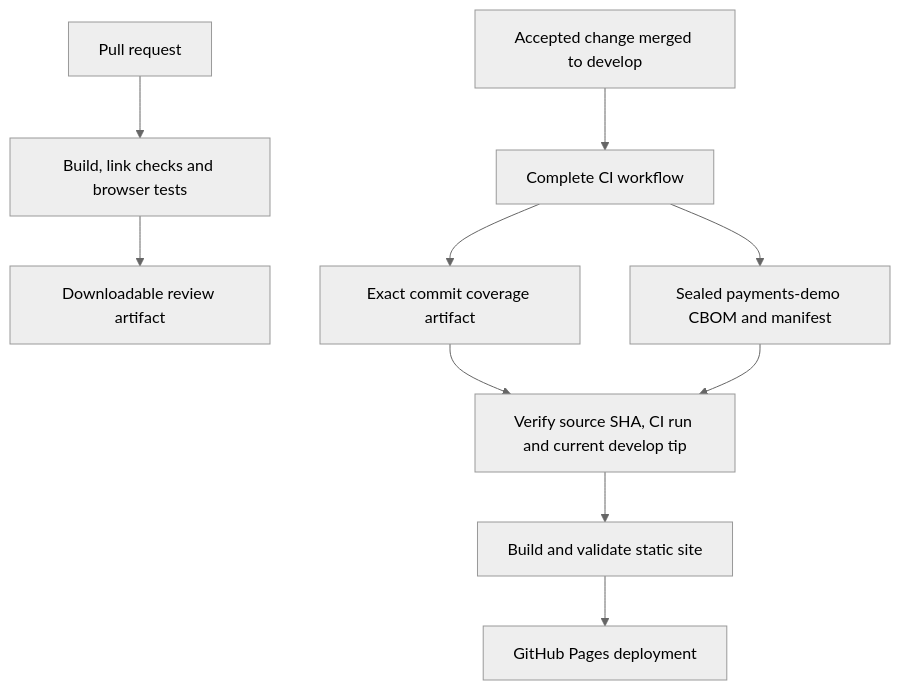
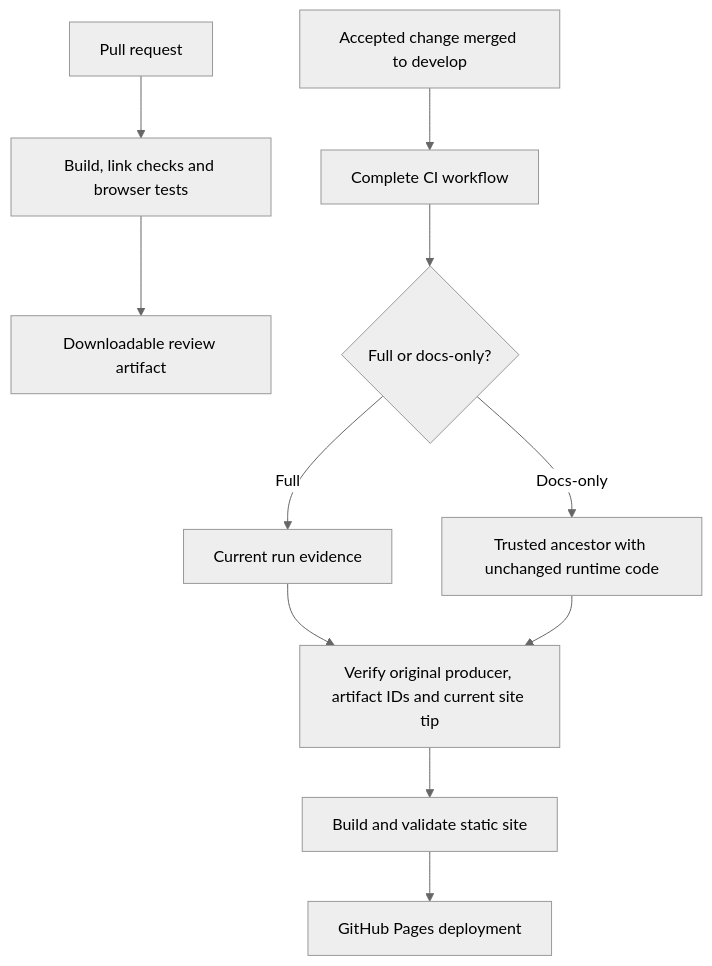
One commit to DevelopmentSprint/crypto-census changed the diagram in docs/reference/documentation.md. Above: the diagram before and after it, drawn with Mermaid (neutral theme). The commit also changed other lines of this file and 17 other files, not shown here.

````diff
--- a/docs/reference/documentation.md
+++ b/docs/reference/documentation.md
@@ -68,12 +68,13 @@
 ```mermaid
 flowchart TD
   PR[Pull request] --> Review[Build, link checks and browser tests]
   Review --> Preview[Downloadable review artifact]
   Accepted[Accepted change merged to develop] --> CI[Complete CI workflow]
-  CI --> Coverage[Exact commit coverage artifact]
-  CI --> CBOM[Sealed payments-demo CBOM and manifest]
-  Coverage --> Match[Verify source SHA, CI run and current develop tip]
-  CBOM --> Match
+  CI --> Scope{Full or docs-only?}
+  Scope -->|Full| Producer[Current run evidence]
+  Scope -->|Docs-only| Prior[Trusted ancestor with unchanged runtime code]
+  Producer --> Match[Verify original producer, artifact IDs and current site tip]
+  Prior --> Match
   Match --> Build[Build and validate static site]
   Build --> Pages[GitHub Pages deployment]
 ```
````
